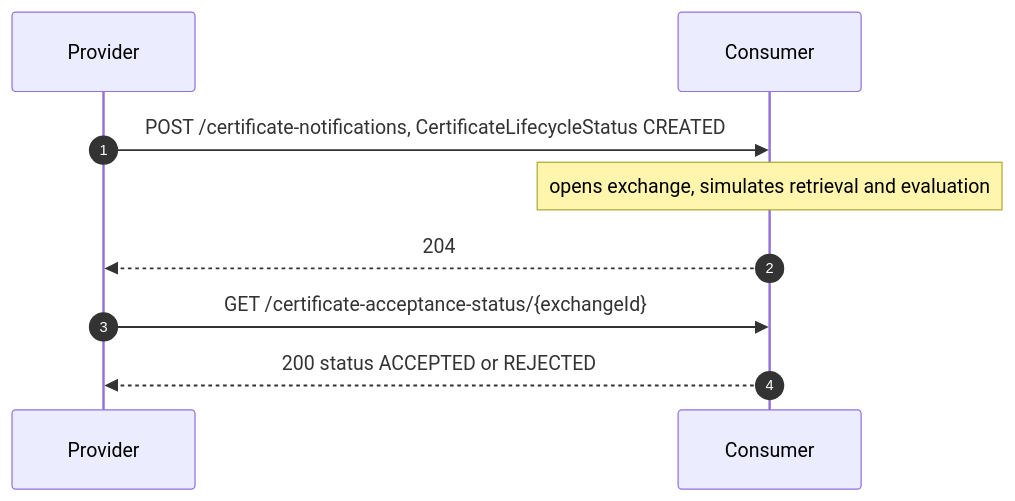
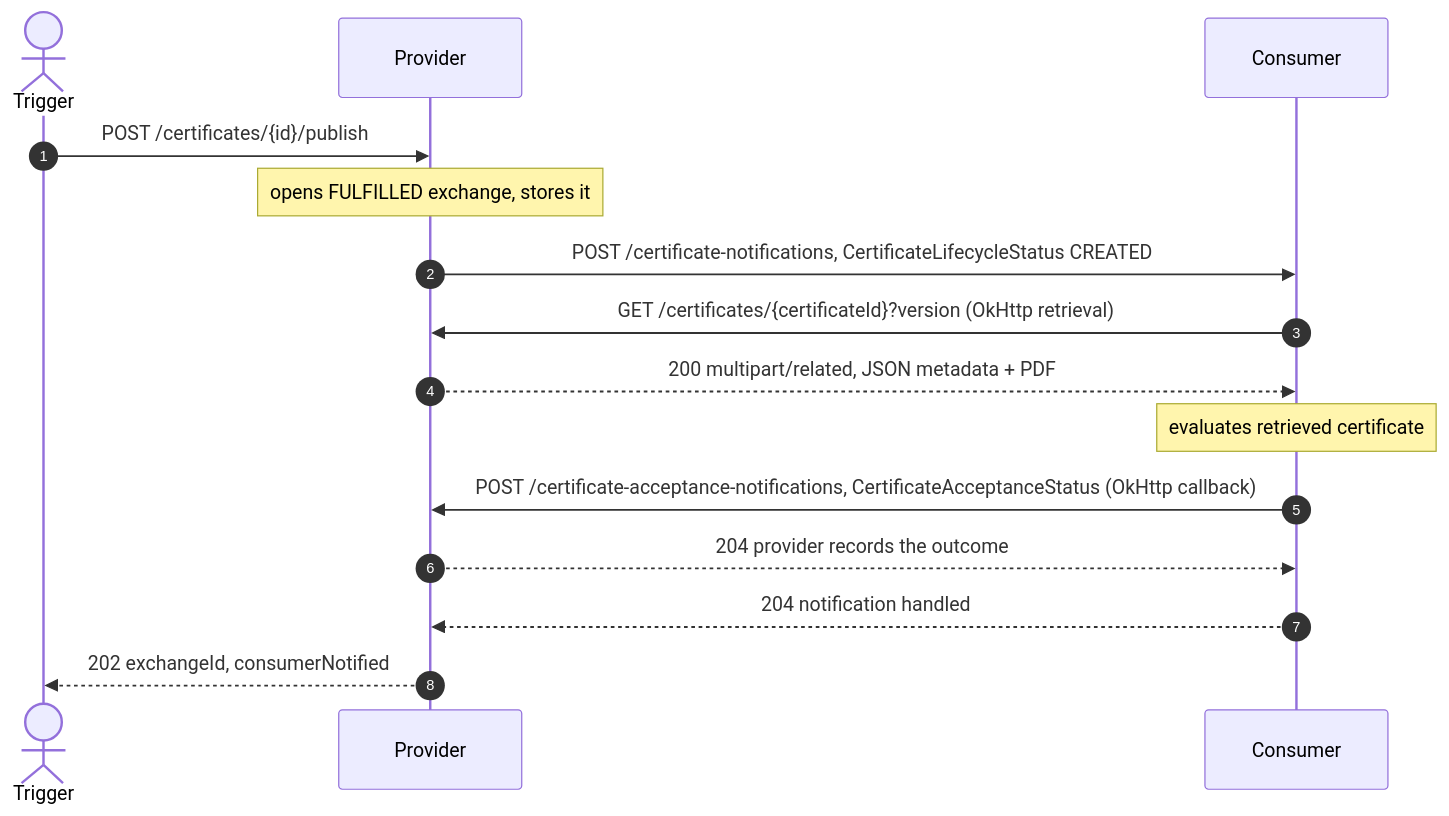
Before and after one commit to Metaform/certo: the fourth of 7 diagrams in docs/FLOWS.md, drawn with Mermaid. The commit also changed other lines of this file and 19 other files, not shown here.

Commit message:
feat: retrieve certificates and complete end-to-end flow

````diff
--- a/docs/FLOWS.md
+++ b/docs/FLOWS.md
@@ -97,11 +100,17 @@
 ```mermaid
 sequenceDiagram
     autonumber
+    actor T as Trigger
     participant P as Provider
     participant C as Consumer
+    T->>P: POST /certificates/{id}/publish
+    Note over P: opens FULFILLED exchange, stores it
     P->>C: POST /certificate-notifications, CertificateLifecycleStatus CREATED
-    Note over C: opens exchange, simulates retrieval and evaluation
-    C-->>P: 204
-    P->>C: GET /certificate-acceptance-status/{exchangeId}
-    C-->>P: 200 status ACCEPTED or REJECTED
+    C->>P: GET /certificates/{certificateId}?version (OkHttp retrieval)
+    P-->>C: 200 multipart/related, JSON metadata + PDF
+    Note over C: evaluates retrieved certificate
+    C->>P: POST /certificate-acceptance-notifications, CertificateAcceptanceStatus (OkHttp callback)
+    P-->>C: 204 provider records the outcome
+    C-->>P: 204 notification handled
+    P-->>T: 202 exchangeId, consumerNotified
 ```
````
